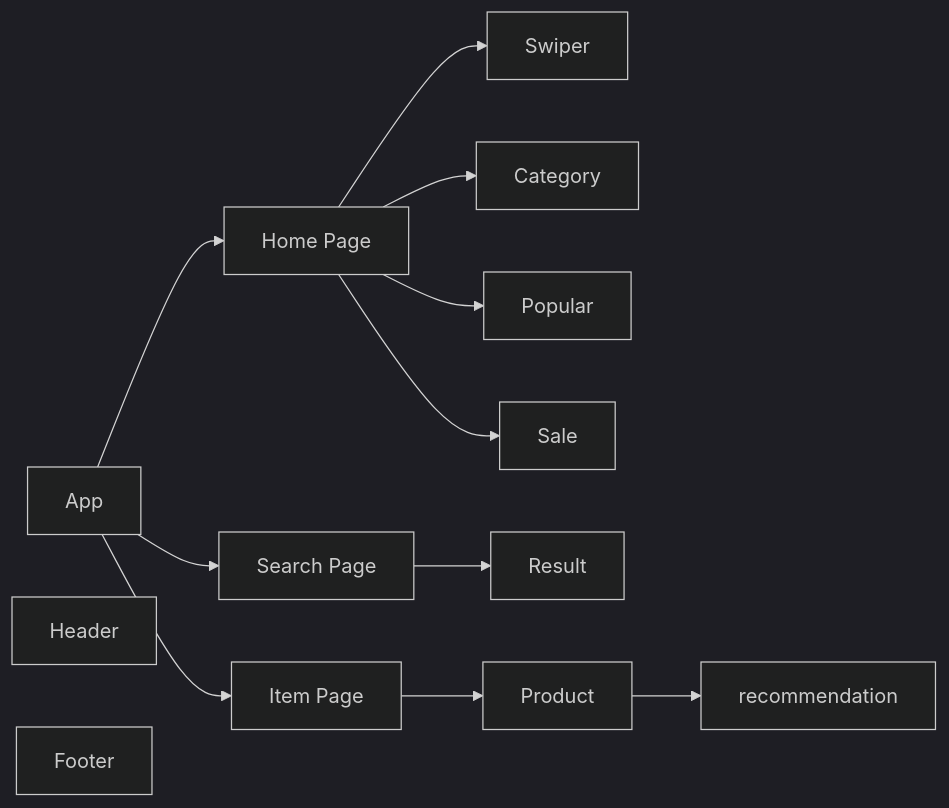
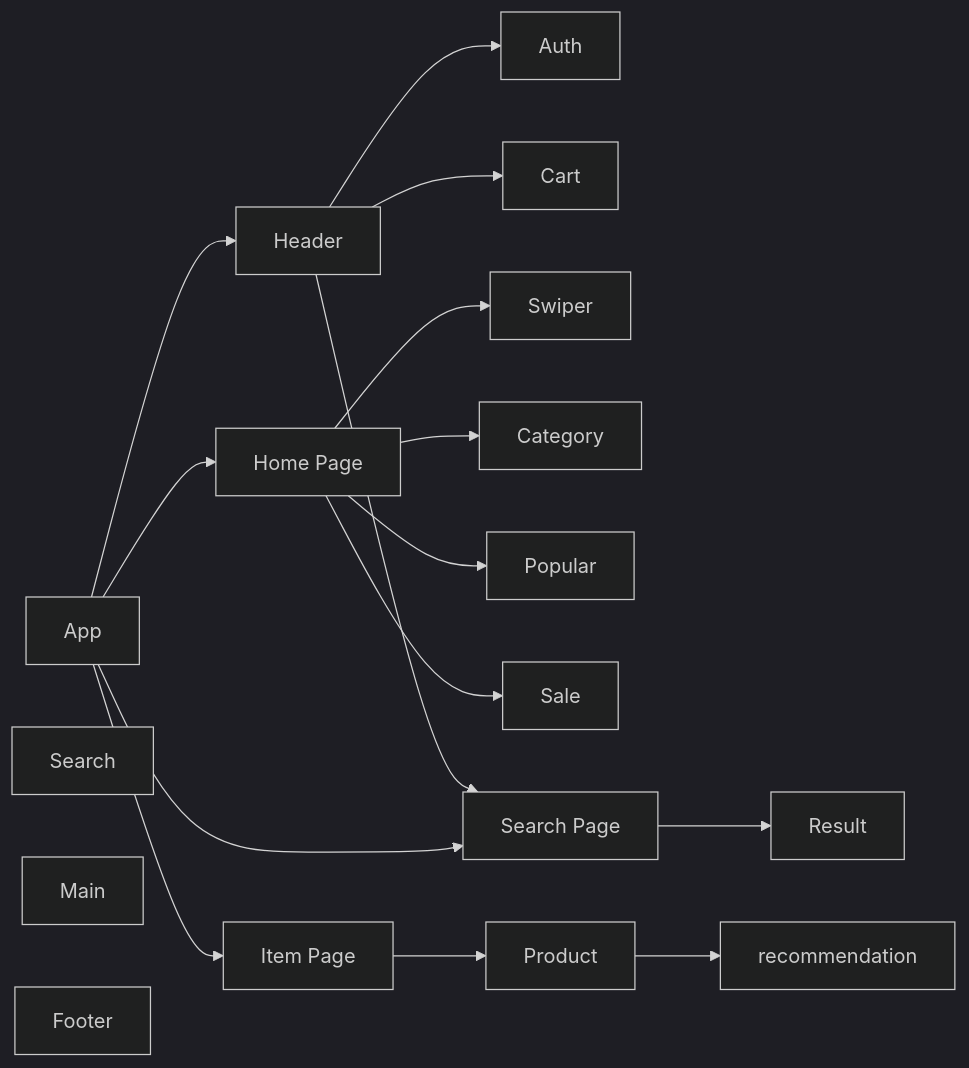
Before and after one commit to MattisZheng/e-commerce: the second of 3 diagrams in README.md, drawn with Mermaid (dark theme). The commit also changed other lines of this file and 7 other files, not shown here.

````diff
--- a/README.md
+++ b/README.md
@@ -33,23 +32,27 @@
 ```mermaid
 flowchart LR
 
 app[App]
   header[Header]
-  home[Home Page]
-    swiper[Swiper]
-    category[Category]
-    popular[Popular]
-    sale[Sale]
-  search[Search Page]
-    result[Result]
-  item[Item Page]
-    product[Product]
-      recommendation[recommendation]
+    searchBox[Search]
+    auth[Auth]
+    cart[Cart]
+  main[Main]
+    home[Home Page]
+      swiper[Swiper]
+      category[Category]
+      popular[Popular]
+      sale[Sale]
+    search[Search Page]
+      result[Result]
+    item[Item Page]
+      product[Product]
+        recommendation[recommendation]
   footer[Footer]
 
-app --> home & search & item
+app --> header & home & search & item
+  header --> search & auth & cart
   home --> swiper & category & popular & sale
   search --> result
   item --> product --> recommendation
-
 ```
````
